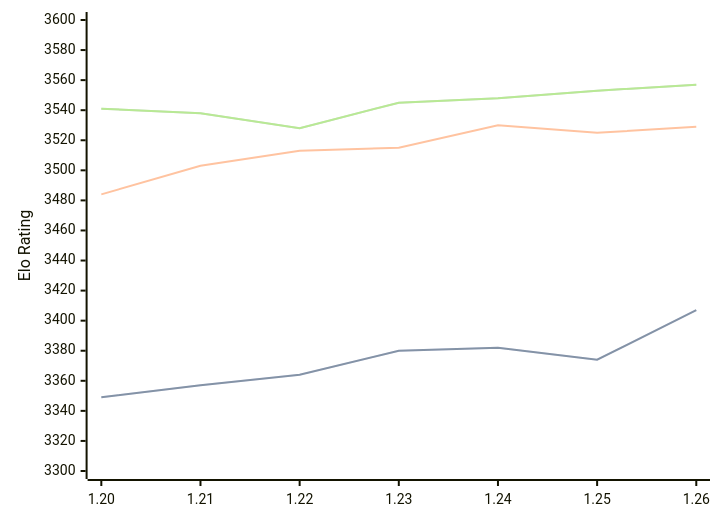
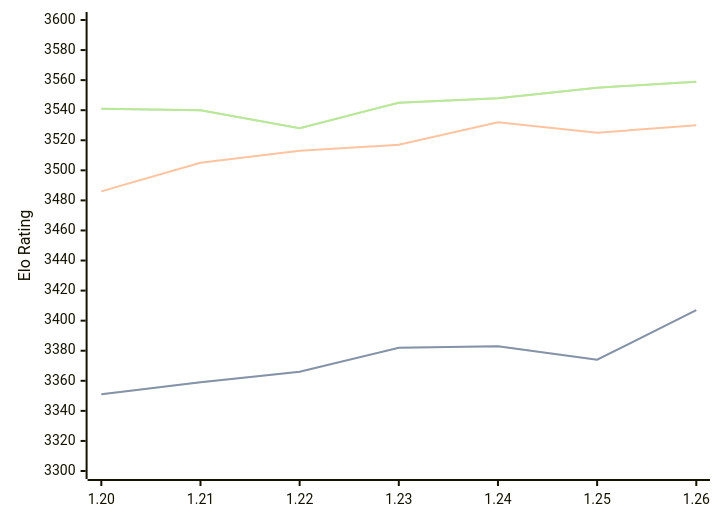
Before and after one commit to computer-chess-index/cci: the diagram in engines/Caissa.md, drawn with Mermaid. The commit also changed other lines of this file, not shown here.

Commit message:
Update CCI Ratings (ELO VLTC) - 2026-08-19

````diff
--- a/engines/Caissa.md
+++ b/engines/Caissa.md
@@ -37,11 +37,11 @@
 ```mermaid
 %%{init: {"theme":"base","themeVariables":{"seriesColors:['#a3a3a3','#222221','#faa371']}}}%%
 xychart-beta
   x-axis ["1.20", "1.21", "1.22", "1.23", "1.24", "1.25", "1.26"]
   y-axis "Elo Rating" 3300 --> 3600
-  line "STC (8.0+0.08s)" [3349, 3357, 3364, 3380, 3382, 3374, 3407]
-  line "STC (8.0+0.08s)" [3349, 3357, 3364, 3380, 3382, 3374, 3407]
-  line "LTC (60.0+0.60s)" [3484, 3503, 3513, 3515, 3530, 3525, 3529]
-  line "VLTC (2m24s+1.12s)" [3541, 3538, 3528, 3545, 3548, 3553, 3557]
-  line "VLTC (2m24s+1.12s)" [3541, 3538, 3528, 3545, 3548, 3553, 3557]
+  line "STC (8.0+0.08s)" [3351, 3359, 3366, 3382, 3383, 3374, 3407]
+  line "STC (8.0+0.08s)" [3351, 3359, 3366, 3382, 3383, 3374, 3407]
+  line "LTC (60.0+0.60s)" [3486, 3505, 3513, 3517, 3532, 3525, 3530]
+  line "VLTC (2m24s+1.12s)" [3541, 3540, 3528, 3545, 3548, 3555, 3559]
+  line "VLTC (2m24s+1.12s)" [3541, 3540, 3528, 3545, 3548, 3555, 3559]
 ```
````
